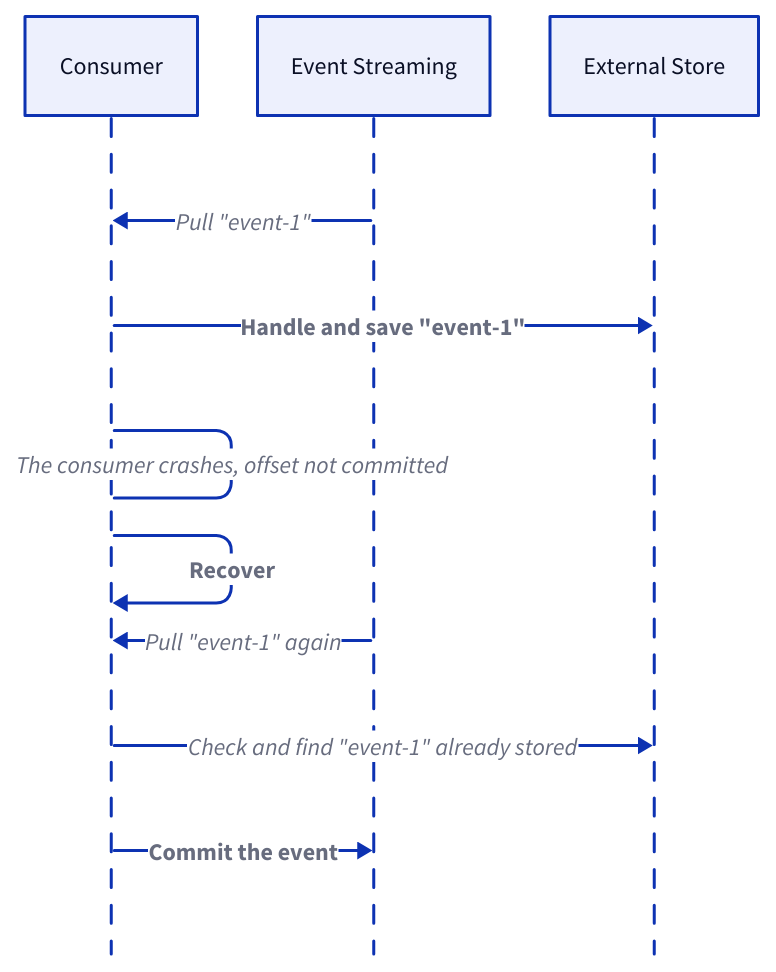
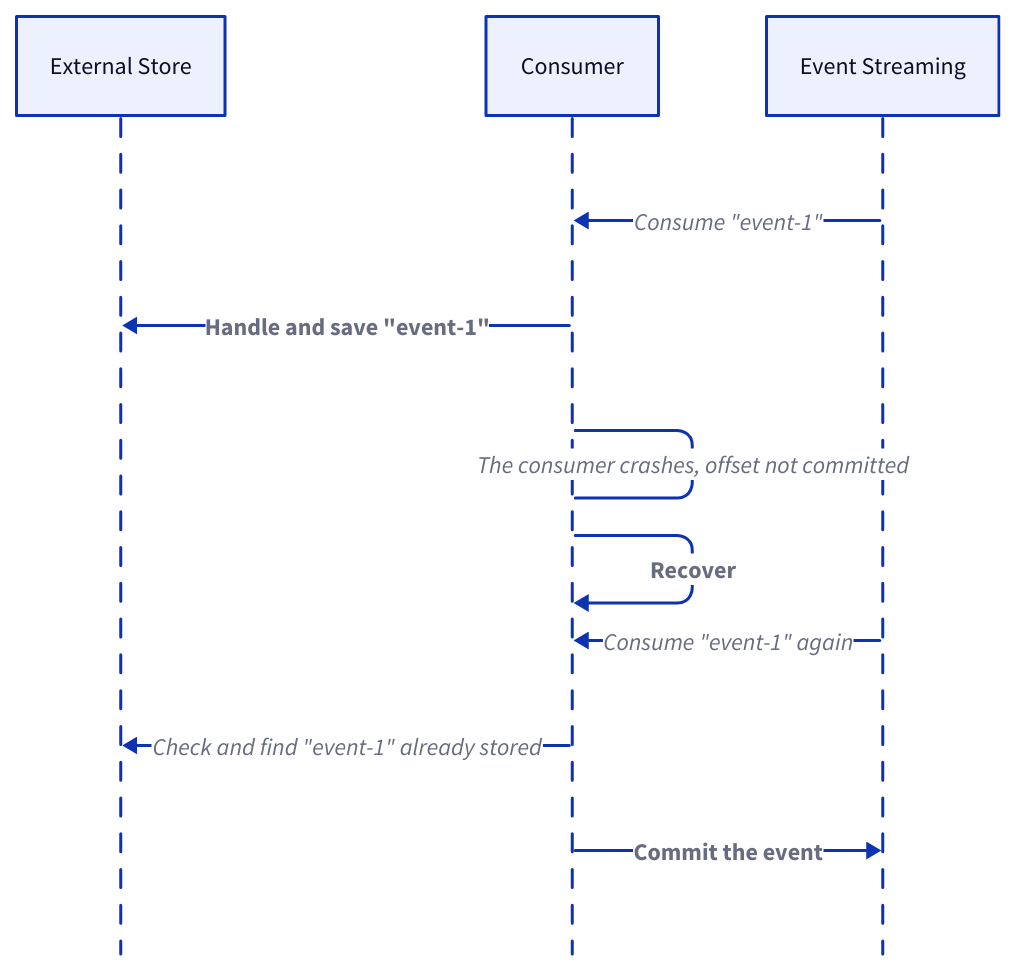
Before and after one commit to link1905/system-design-101: diagram 14 of 14 in content/docs/data-persistence/event-streaming-platform/delivery-semantics.md, drawn with D2. The commit also changed other lines of this file and 49 other files, not shown here.

````diff
--- a/content/docs/data-persistence/event-streaming-platform/delivery-semantics.md
+++ b/content/docs/data-persistence/event-streaming-platform/delivery-semantics.md
@@ -381,27 +384,27 @@
 ```d2
 shape: sequence_diagram
+d: External Store {
+    class: db
+}
 c: Consumer {
     class: client
 }
 q: Event Streaming {
     class: mq
 }
-d: External Store {
-    class: db
-}
-q -> c: Pull "event-1"
+q -> c: Consume "event-1"
 c -> d: Handle and save "event-1" {
     style.bold: true
 }
 c -- c: The consumer crashes, offset not committed {
     class: error-conn
 }
 c -> c: Recover {
     style.bold: true
 }
-q -> c: Pull "event-1" again
+q -> c: Consume "event-1" again
 c -> d: Check and find "event-1" already stored
 c -> q: Commit the event {
     style.bold: true
 }
 ```
````
